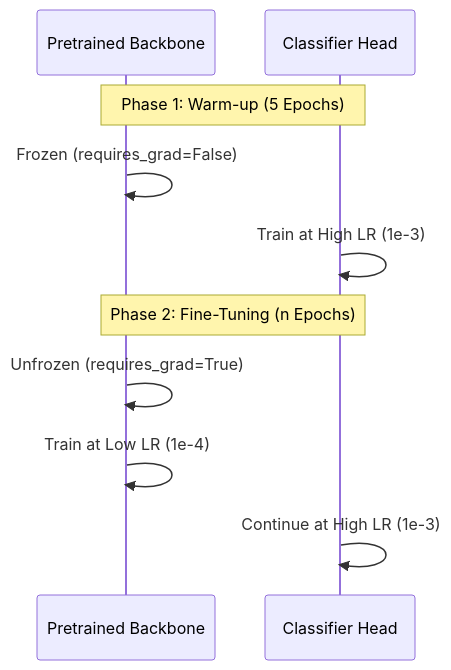
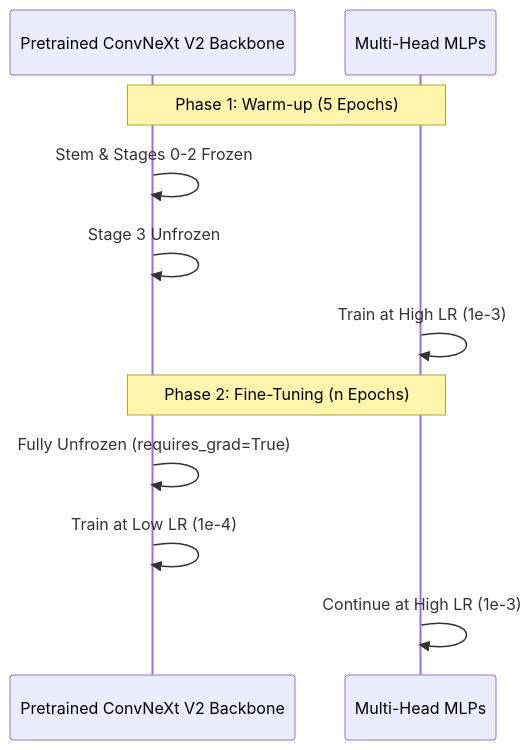
The diagram in image-classification-model-training/Documentation/training.md (Nikhil-Mundhra/OCT-Analyser-Capstone), drawn with Mermaid before and after one commit. The commit also changed other lines of this file and 78 other files, not shown here.

Commit message:
feat: upgrade to Multi-Head ConvNeXt V2 architecture and backend services

````diff
--- a/image-classification-model-training/Documentation/training.md
+++ b/image-classification-model-training/Documentation/training.md
@@ -11,14 +11,15 @@
 ```mermaid
 sequenceDiagram
-    participant B as Pretrained Backbone
-    participant H as Classifier Head
+    participant B as Pretrained ConvNeXt V2 Backbone
+    participant H as Multi-Head MLPs
     
     Note over B,H: Phase 1: Warm-up (5 Epochs)
-    B->>B: Frozen (requires_grad=False)
+    B->>B: Stem & Stages 0-2 Frozen
+    B->>B: Stage 3 Unfrozen
     H->>H: Train at High LR (1e-3)
     
     Note over B,H: Phase 2: Fine-Tuning (n Epochs)
-    B->>B: Unfrozen (requires_grad=True)
+    B->>B: Fully Unfrozen (requires_grad=True)
     B->>B: Train at Low LR (1e-4)
     H->>H: Continue at High LR (1e-3)
 ```
````
